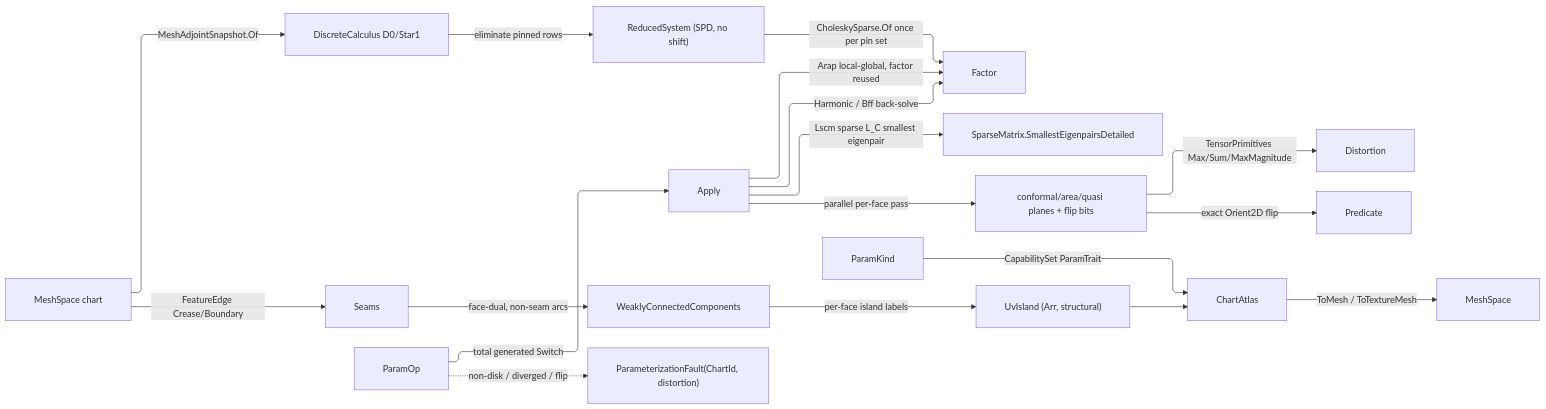
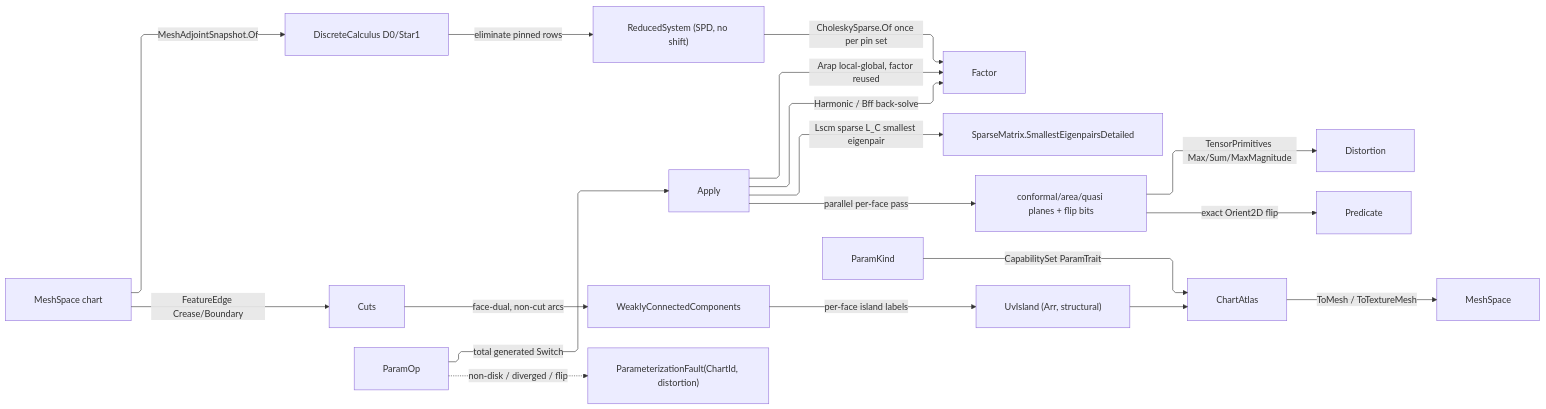
The diagram in libs/dotnet/Rasm/.planning/Processing/flatten.md (bsamiee/Rasm), drawn with Mermaid before and after one commit. The commit also changed other lines of this file and 1997 other files, not shown here.

First line of the commit message:
docs: rename rail to result and seam to boundary across the corpus

````diff
--- a/libs/dotnet/Rasm/.planning/Processing/flatten.md
+++ b/libs/dotnet/Rasm/.planning/Processing/flatten.md
@@ -782,29 +777,29 @@
 ```mermaid
 ---
 config:
   layout: elk
   flowchart:
     curve: linear
     padding: 25
 ---
 flowchart LR
     accTitle: Parameterization dispatch
     accDescr: ParamOp folds over the DEC substrate through the eliminated pinned solve into the content-keyed chart atlas.
     Chart["MeshSpace chart"] -->|MeshAdjointSnapshot.Of| DEC["DiscreteCalculus D0/Star1"]
     DEC -->|eliminate pinned rows| Reduced["ReducedSystem (SPD, no shift)"]
     Reduced -->|CholeskySparse.Of once per pin set| Factor
-    Chart -->|FeatureEdge Crease/Boundary| Seams
+    Chart -->|FeatureEdge Crease/Boundary| Cuts
     ParamOp -->|total generated Switch| Apply
     Apply -->|Harmonic / Bff back-solve| Factor
     Apply -->|Lscm sparse L_C smallest eigenpair| Lobpcg["SparseMatrix.SmallestEigenpairsDetailed"]
     Apply -->|Arap local-global, factor reused| Factor
     Apply -->|parallel per-face pass| Distortion["conformal/area/quasi planes + flip bits"]
     Distortion -->|TensorPrimitives Max/Sum/MaxMagnitude| Measures["Distortion"]
     Distortion -->|exact Orient2D flip| Predicate
-    Seams -->|face-dual, non-seam arcs| QuikGraph["WeaklyConnectedComponents"]
+    Cuts -->|face-dual, non-cut arcs| QuikGraph["WeaklyConnectedComponents"]
     QuikGraph -->|per-face island labels| Islands["UvIsland (Arr, structural)"]
     Islands --> ChartAtlas
     ParamKind -->|CapabilitySet ParamTrait| ChartAtlas
     ChartAtlas -->|ToMesh / ToTextureMesh| MeshSpaceOut["MeshSpace"]
     ParamOp -.->|non-disk / diverged / flip| GeometryFault["ParameterizationFault(ChartId, distortion)"]
 ```
````
